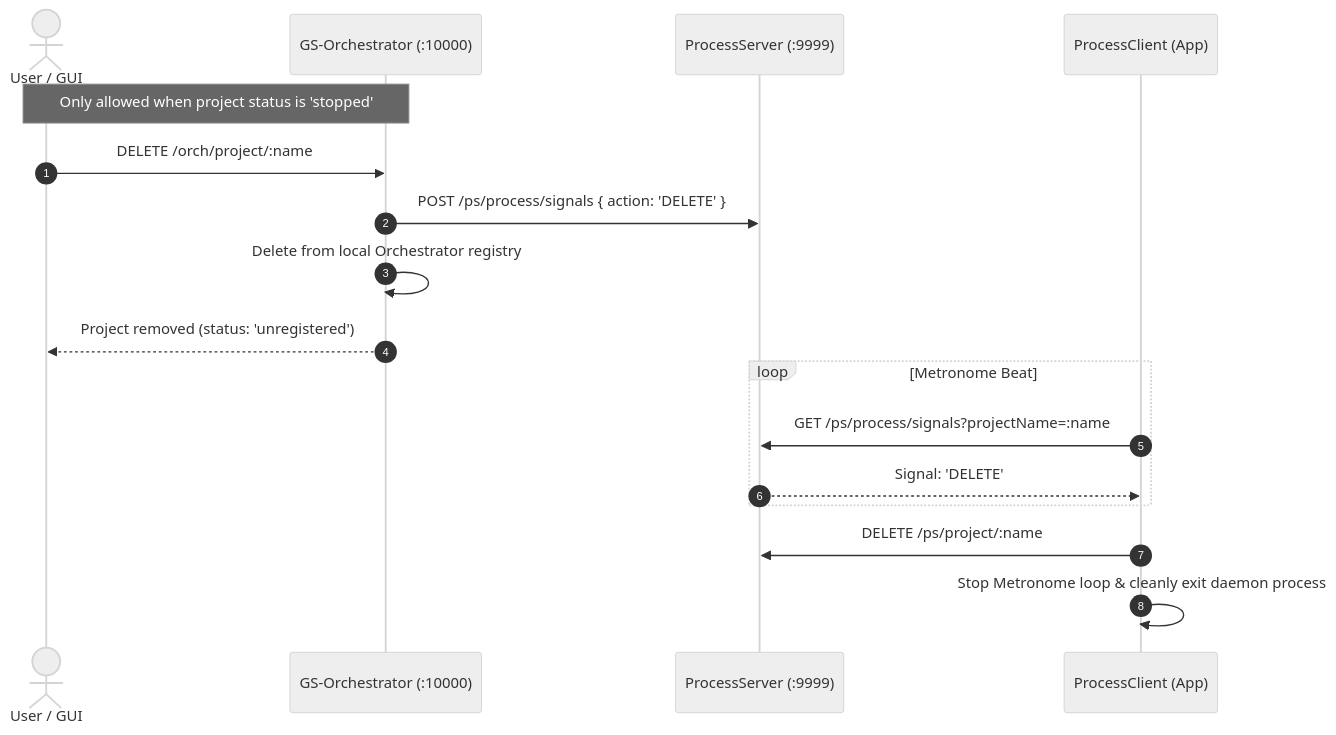
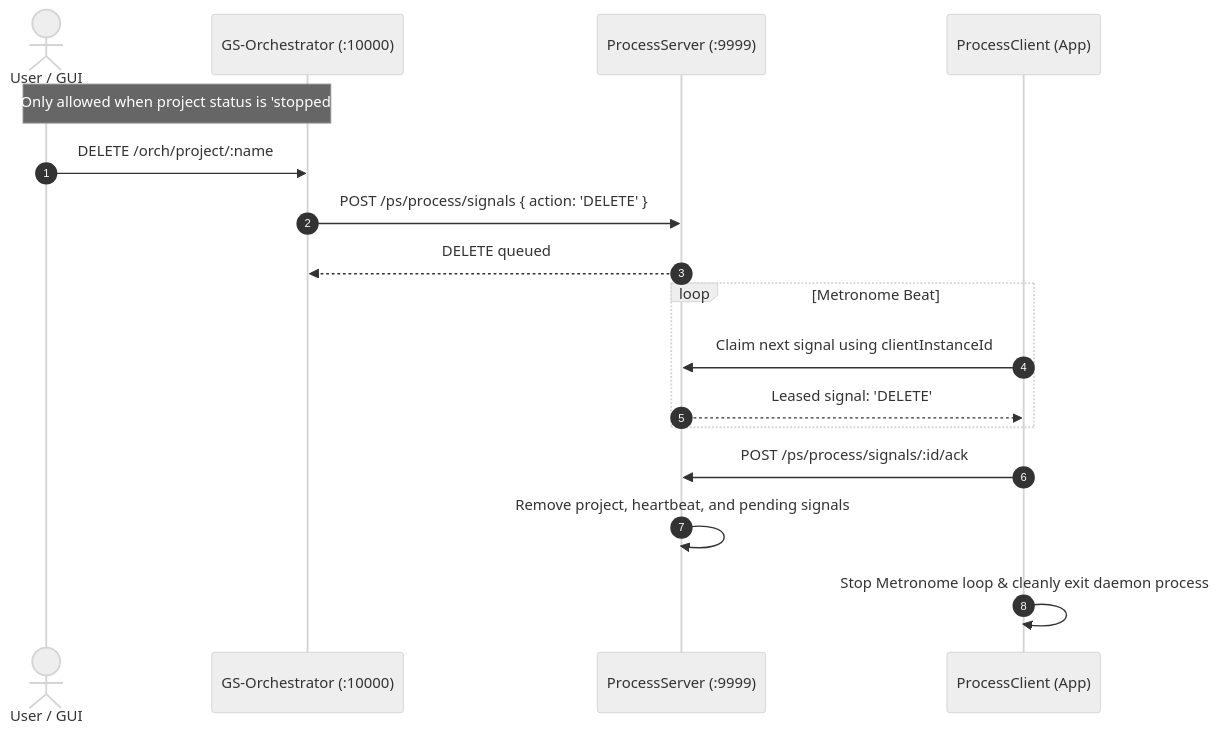
The fourth of 4 diagrams in architecture/today.md (carltham/GS-Orchestrator), drawn with Mermaid (neutral theme) before and after one commit. The commit also changed other lines of this file and 23 other files, not shown here.

First line of the commit message:
feat(signals): add reliable leased command delivery

````diff
--- a/architecture/today.md
+++ b/architecture/today.md
@@ -142,22 +143,22 @@
 ```mermaid
 sequenceDiagram
     autonumber
     actor User as User / GUI
     participant Orch as GS-Orchestrator (:10000)
     participant PS as ProcessServer (:9999)
     participant Client as ProcessClient (App)
 
     Note over User,Orch: Only allowed when project status is 'stopped'
     User->>Orch: DELETE /orch/project/:name
     Orch->>PS: POST /ps/process/signals { action: 'DELETE' }
-    Orch->>Orch: Delete from local Orchestrator registry
-    Orch-->>User: Project removed (status: 'unregistered')
+    PS-->>Orch: DELETE queued
 
     loop Metronome Beat
-        Client->>PS: GET /ps/process/signals?projectName=:name
-        PS-->>Client: Signal: 'DELETE'
+        Client->>PS: Claim next signal using clientInstanceId
+        PS-->>Client: Leased signal: 'DELETE'
     end
 
-    Client->>PS: DELETE /ps/project/:name
+    Client->>PS: POST /ps/process/signals/:id/ack
+    PS->>PS: Remove project, heartbeat, and pending signals
     Client->>Client: Stop Metronome loop & cleanly exit daemon process
 ```
````
